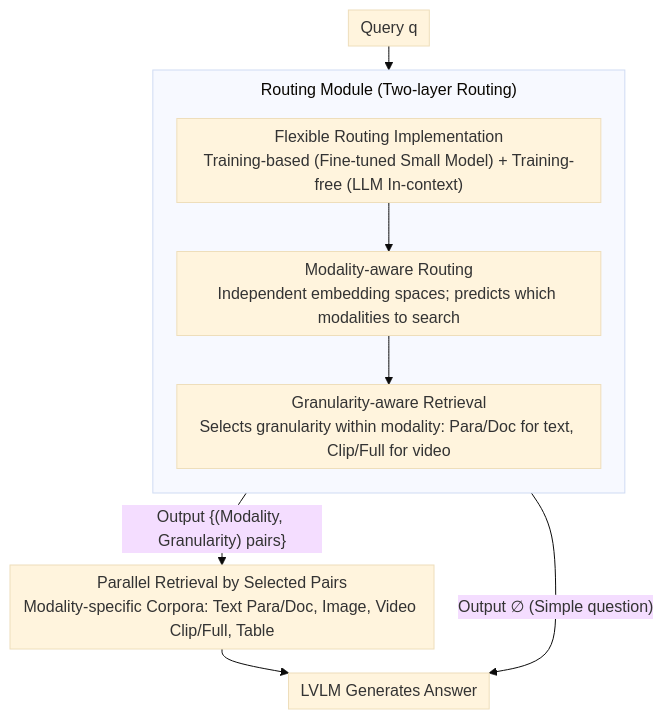
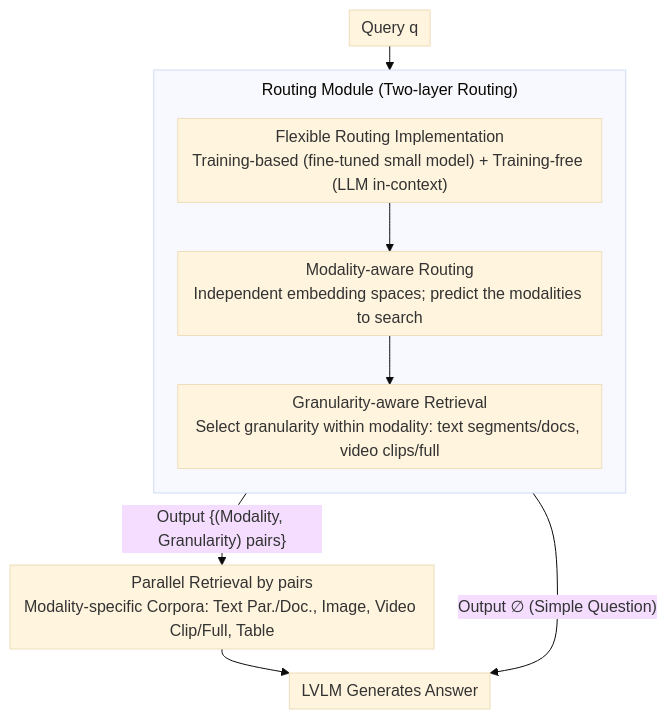
The diagram in docs/ACL2026/multimodal_vlm/universalrag_retrieval-augmented_generation_over_corpora_of_diverse_modalities_a.md (zhaoyang97/Paper-Notes-en), drawn with Mermaid (base theme) before and after one commit. The commit also changed other lines of this file and 5084 other files, not shown here.

````diff
--- a/docs/ACL2026/multimodal_vlm/universalrag_retrieval-augmented_generation_over_corpora_of_diverse_modalities_a.md
+++ b/docs/ACL2026/multimodal_vlm/universalrag_retrieval-augmented_generation_over_corpora_of_diverse_modalities_a.md
@@ -48,15 +48,15 @@
 ```mermaid
 %%{init: {'flowchart': {'rankSpacing': 24, 'nodeSpacing': 28, 'padding': 6, 'wrappingWidth': 400, 'subGraphTitleMargin': {'top': 8, 'bottom': 16}}}}%%
 flowchart TD
     Q["Query q"] --> R
     subgraph R["Routing Module (Two-layer Routing)"]
         direction TB
-        I["Flexible Routing Implementation<br/>Training-based (Fine-tuned Small Model) + Training-free (LLM In-context)"]
-        M["Modality-aware Routing<br/>Independent embedding spaces; predicts which modalities to search"]
-        G["Granularity-aware Retrieval<br/>Selects granularity within modality: Para/Doc for text, Clip/Full for video"]
+        I["Flexible Routing Implementation<br/>Training-based (fine-tuned small model) + Training-free (LLM in-context)"]
+        M["Modality-aware Routing<br/>Independent embedding spaces; predict the modalities to search"]
+        G["Granularity-aware Retrieval<br/>Select granularity within modality: text segments/docs, video clips/full"]
         I --> M --> G
     end
-    R -->|"Output ∅ (Simple question)"| LVLM["LVLM Generates Answer"]
-    R -->|"Output {(Modality, Granularity) pairs}"| RET["Parallel Retrieval by Selected Pairs<br/>Modality-specific Corpora: Text Para/Doc, Image, Video Clip/Full, Table"]
+    R -->|"Output ∅ (Simple Question)"| LVLM["LVLM Generates Answer"]
+    R -->|"Output {(Modality, Granularity) pairs}"| RET["Parallel Retrieval by pairs<br/>Modality-specific Corpora: Text Par./Doc., Image, Video Clip/Full, Table"]
     RET --> LVLM
 ```
````
